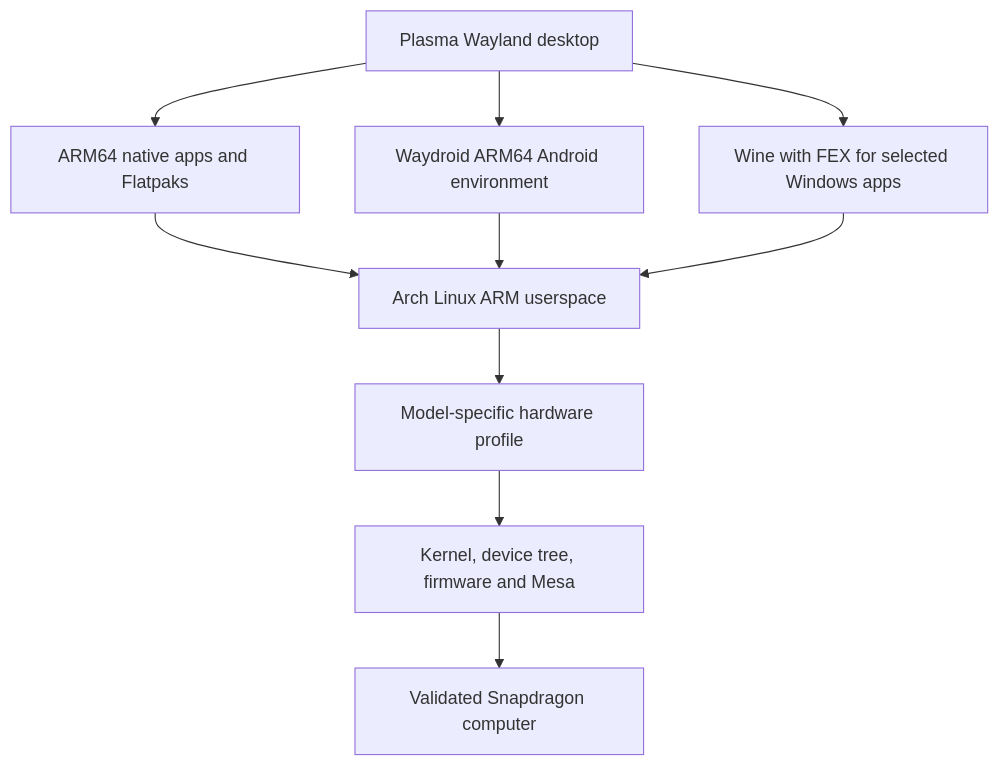
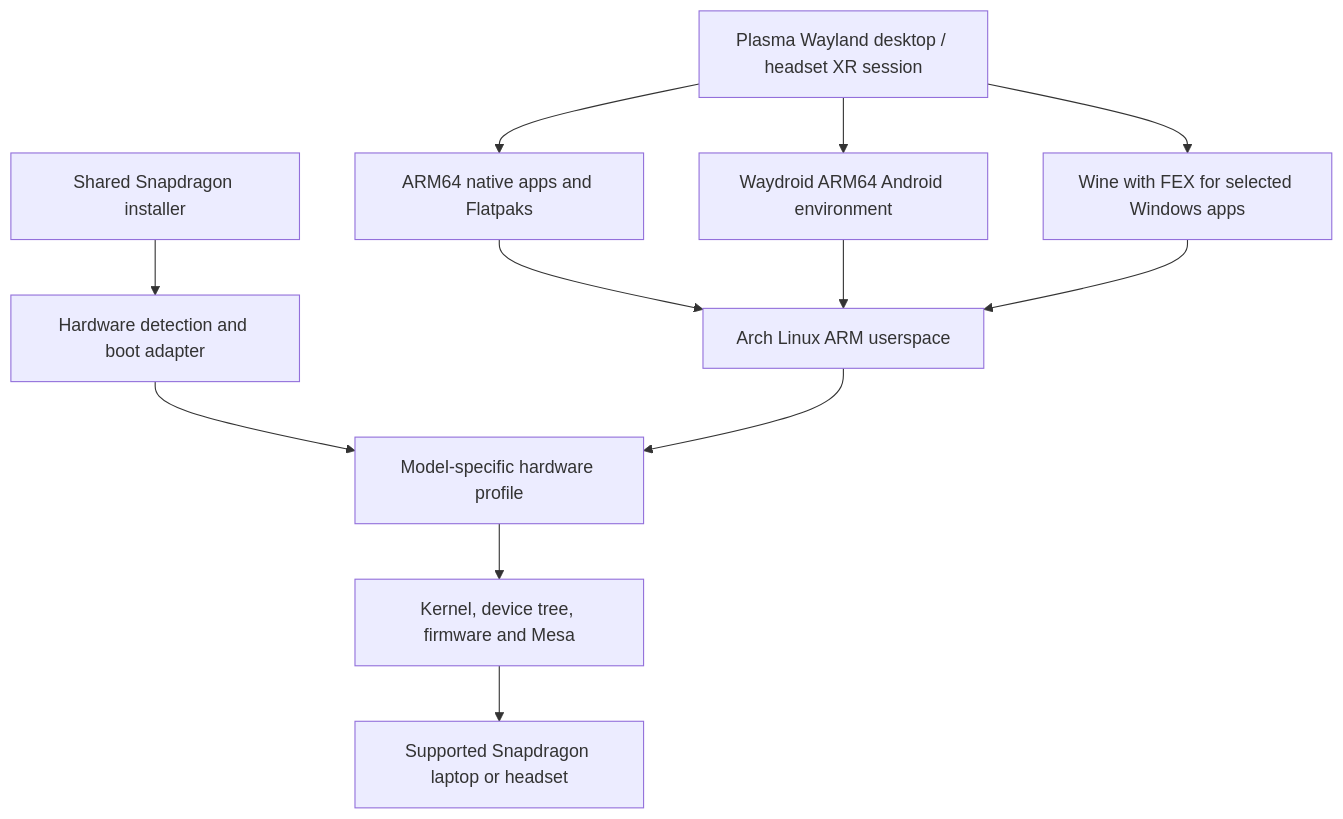
The diagram in docs/ARCHITECTURE.md (josethevrtech/MainFrameOS), drawn with Mermaid before and after one commit. The commit also changed other lines of this file and 13 other files, not shown here.

Commit message:
Define one MainFrameOS installer for Snapdragon laptops and headsets

````diff
--- a/docs/ARCHITECTURE.md
+++ b/docs/ARCHITECTURE.md
@@ -5,13 +5,15 @@
 ```mermaid
 flowchart TB
-  Desktop[Plasma Wayland desktop]
+  Installer[Shared Snapdragon installer] --> Detection[Hardware detection and boot adapter]
+  Detection --> Profile
+  Desktop[Plasma Wayland desktop / headset XR session]
   Desktop --> Native[ARM64 native apps and Flatpaks]
   Desktop --> Android[Waydroid ARM64 Android environment]
   Desktop --> Windows[Wine with FEX for selected Windows apps]
   Native --> Base[Arch Linux ARM userspace]
   Android --> Base
   Windows --> Base
   Base --> Profile[Model-specific hardware profile]
   Profile --> Stack[Kernel, device tree, firmware and Mesa]
-  Stack --> Hardware[Validated Snapdragon computer]
+  Stack --> Hardware[Supported Snapdragon laptop or headset]
 ```
````
